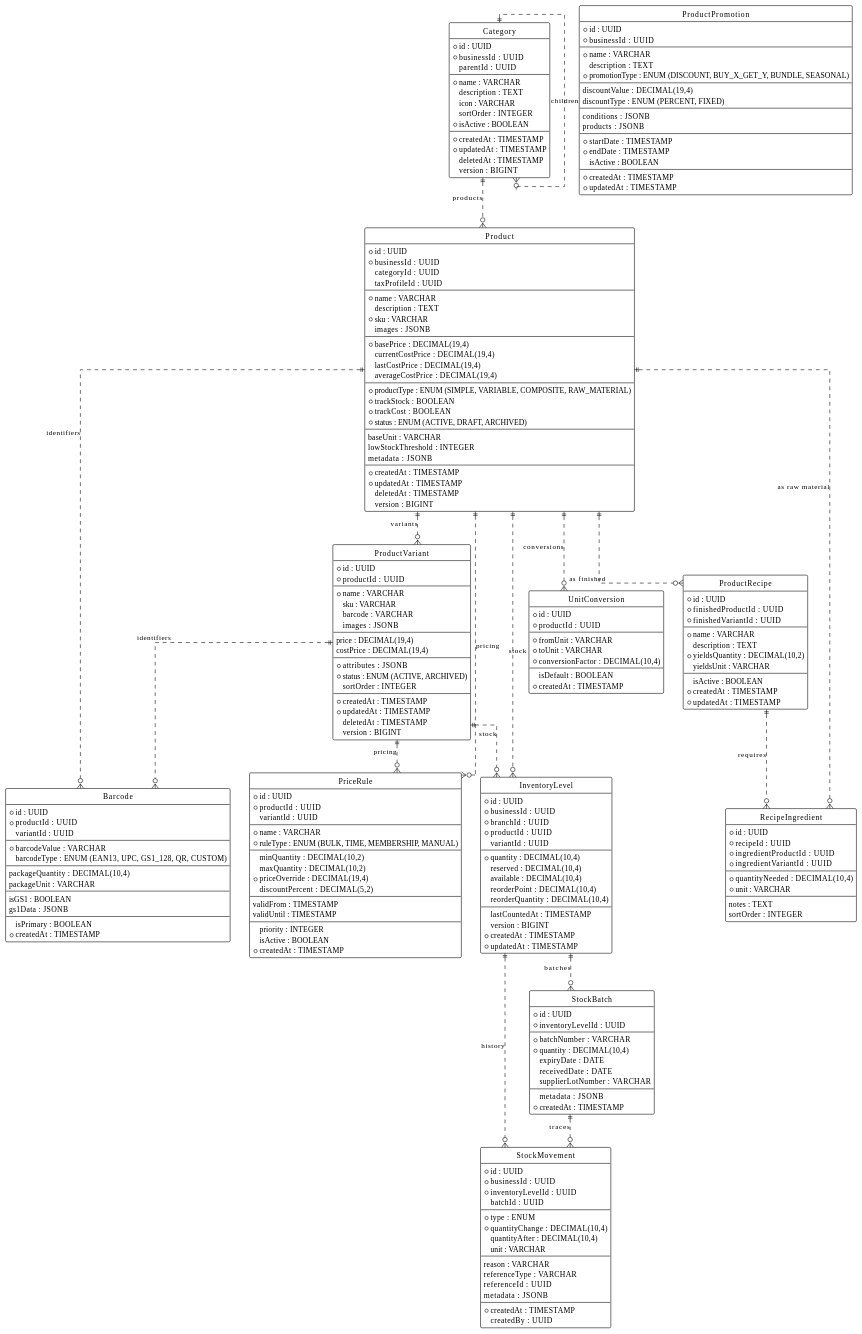
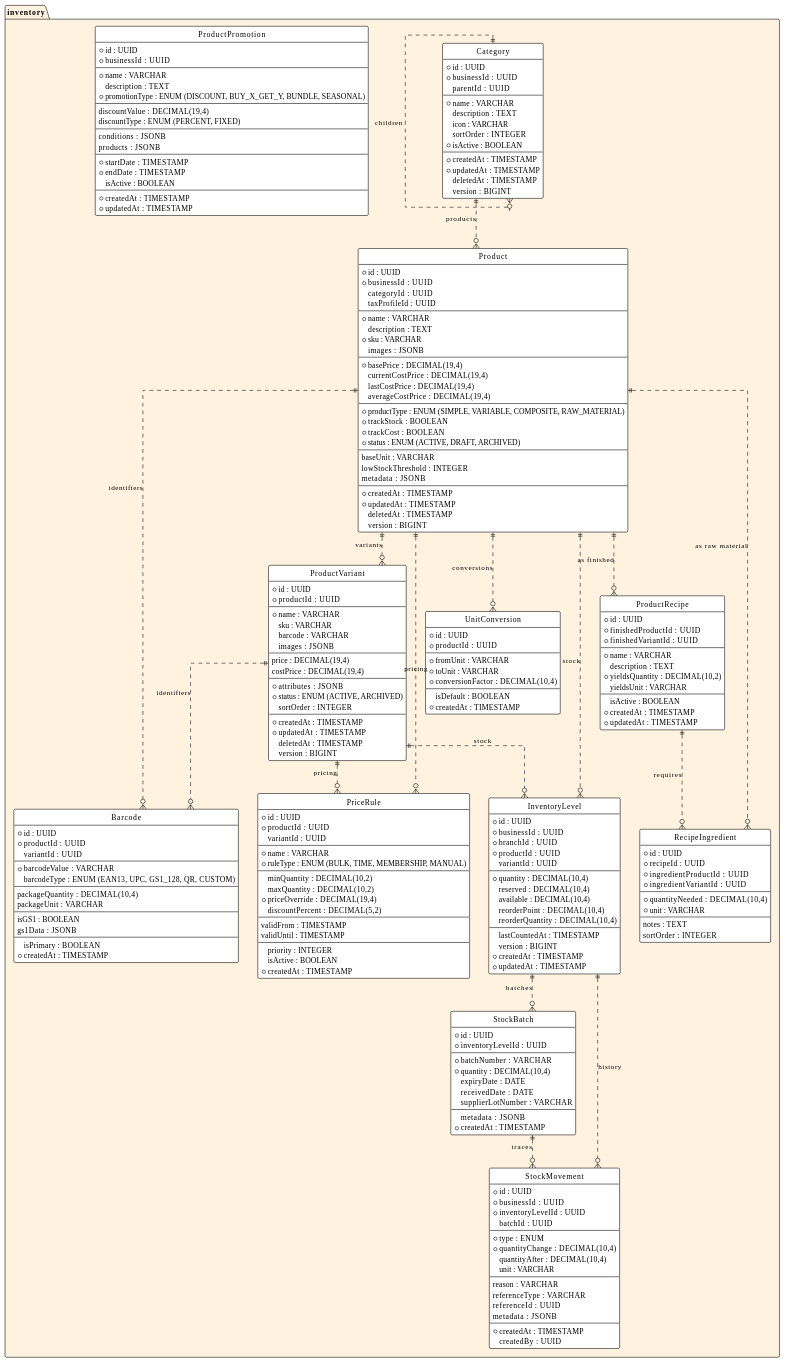
One commit to reeinharddd/payment-system changed the diagram in docs/technical/backend/database/04-INVENTORY-SCHEMA.md. Above: the diagram before and after it, drawn with PlantUML. The commit also changed 11 other files, not shown here.

Commit message:
docs: update technical architecture and schema documentation

```diff
--- a/docs/technical/backend/database/04-INVENTORY-SCHEMA.md
+++ b/docs/technical/backend/database/04-INVENTORY-SCHEMA.md
@@ -113,6 +113,7 @@
 hide circle
 skinparam linetype ortho
 
+package "inventory" #FFF3E0 {
 entity "Category" as Category {
   *id : UUID
   *businessId : UUID
@@ -336,6 +337,7 @@
   *createdAt : TIMESTAMP
   createdBy : UUID
 }
+}
 
 Category ||..o{ Category : "children"
 Category ||..o{ Product : "products"
```
